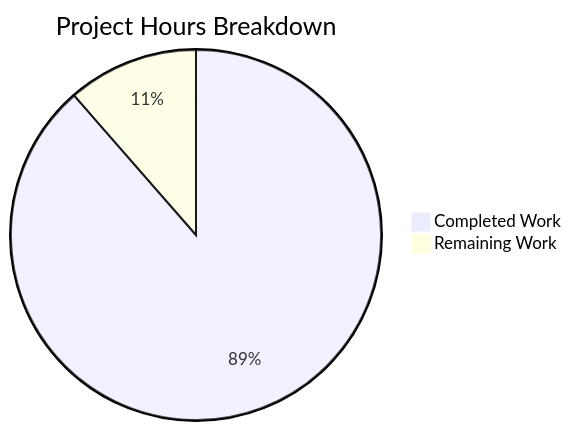
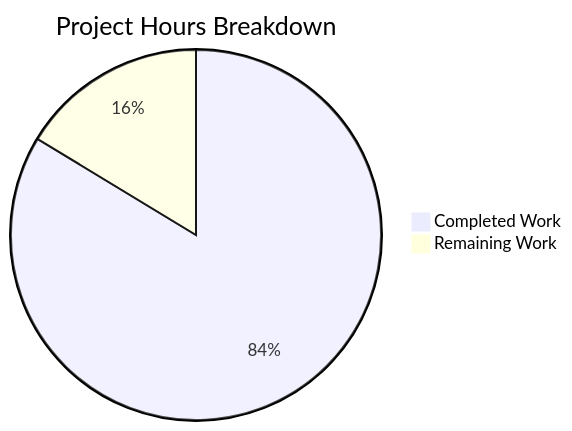
The second of 2 diagrams in blitzy/documentation/Project Guide.md (blitzy-public-samples/mfe-toolbox), drawn with Mermaid before and after one commit. The commit also changed other lines of this file, not shown here.

Commit message:
Adding Blitzy Project Guide: Project Status and Human Tasks Remaining

````diff
--- a/blitzy/documentation/Project Guide.md
+++ b/blitzy/documentation/Project Guide.md
@@ -174,5 +194,5 @@
 ```mermaid
 pie title Project Hours Breakdown
-    "Completed Work" : 31
-    "Remaining Work" : 4
+    "Completed Work" : 41
+    "Remaining Work" : 8
 ```
````
